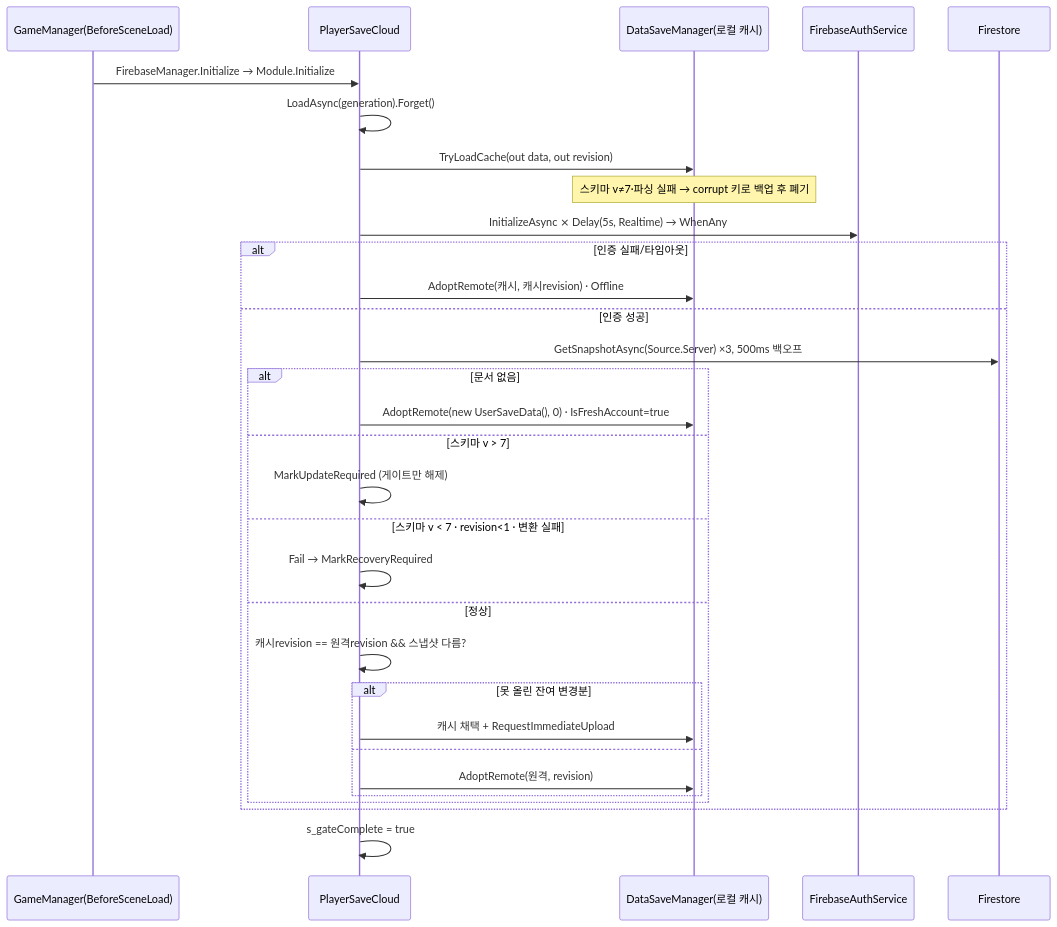
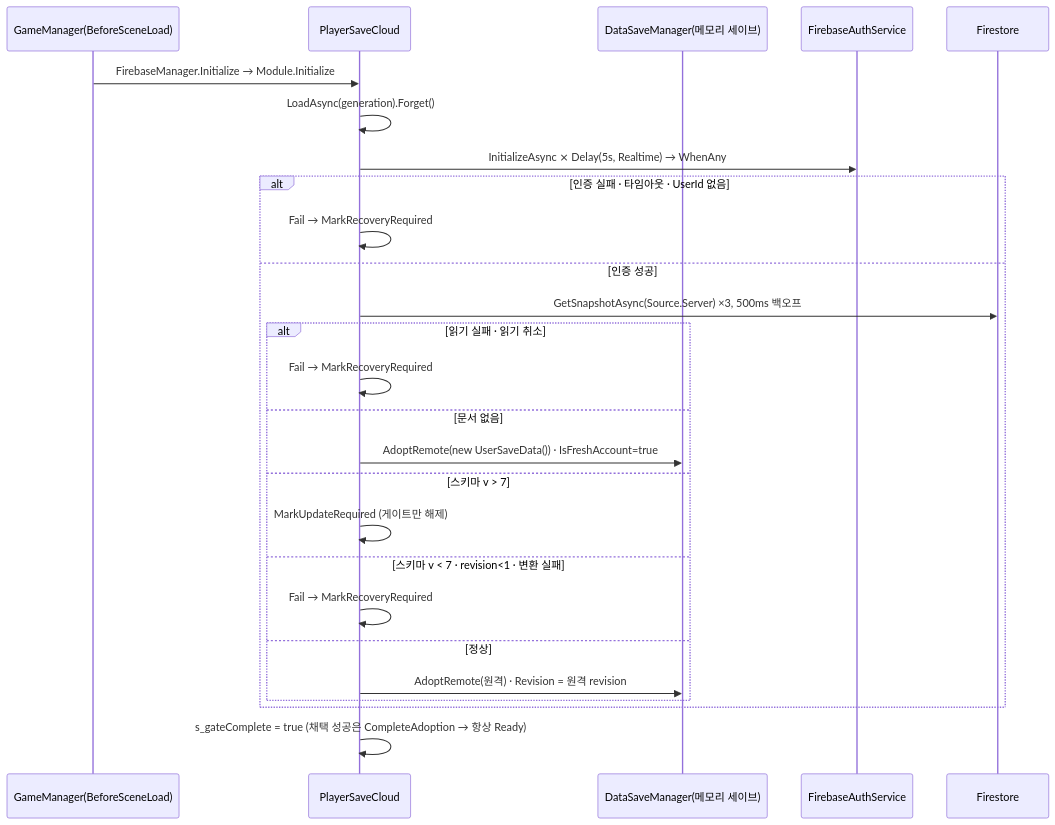
Before and after one commit to hspark-maker/TeamfightTCG_Migriation: the second of 27 diagrams in docs/OutGamePlan/STRUCTURE.md, drawn with Mermaid. The commit also changed other lines of this file and 24 other files, not shown here.

````diff
--- a/docs/OutGamePlan/STRUCTURE.md
+++ b/docs/OutGamePlan/STRUCTURE.md
@@ -51,34 +48,29 @@
 ```mermaid
 sequenceDiagram
     participant GM as GameManager(BeforeSceneLoad)
     participant PC as PlayerSaveCloud
-    participant DSM as DataSaveManager(로컬 캐시)
+    participant DSM as DataSaveManager(메모리 세이브)
     participant AU as FirebaseAuthService
     participant FS as Firestore
 
     GM->>PC: FirebaseManager.Initialize → Module.Initialize
     PC->>PC: LoadAsync(generation).Forget()
-    PC->>DSM: TryLoadCache(out data, out revision)
-    Note over DSM: 스키마 v≠7·파싱 실패 → corrupt 키로 백업 후 폐기
     PC->>AU: InitializeAsync ⨯ Delay(5s, Realtime) → WhenAny
-    alt 인증 실패/타임아웃
-        PC->>DSM: AdoptRemote(캐시, 캐시revision) · Offline
+    alt 인증 실패 · 타임아웃 · UserId 없음
+        PC->>PC: Fail → MarkRecoveryRequired
     else 인증 성공
         PC->>FS: GetSnapshotAsync(Source.Server) ×3, 500ms 백오프
-        alt 문서 없음
-            PC->>DSM: AdoptRemote(new UserSaveData(), 0) · IsFreshAccount=true
+        alt 읽기 실패 · 읽기 취소
+            PC->>PC: Fail → MarkRecoveryRequired
+        else 문서 없음
+            PC->>DSM: AdoptRemote(new UserSaveData()) · IsFreshAccount=true
         else 스키마 v > 7
             PC->>PC: MarkUpdateRequired (게이트만 해제)
         else 스키마 v < 7 · revision<1 · 변환 실패
             PC->>PC: Fail → MarkRecoveryRequired
         else 정상
-            PC->>PC: 캐시revision == 원격revision && 스냅샷 다름?
-            alt 못 올린 잔여 변경분
-                PC->>DSM: 캐시 채택 + RequestImmediateUpload
-            else
-                PC->>DSM: AdoptRemote(원격, revision)
-            end
+            PC->>DSM: AdoptRemote(원격) · Revision = 원격 revision
         end
     end
-    PC->>PC: s_gateComplete = true
+    PC->>PC: s_gateComplete = true (채택 성공은 CompleteAdoption → 항상 Ready)
 ```
````
